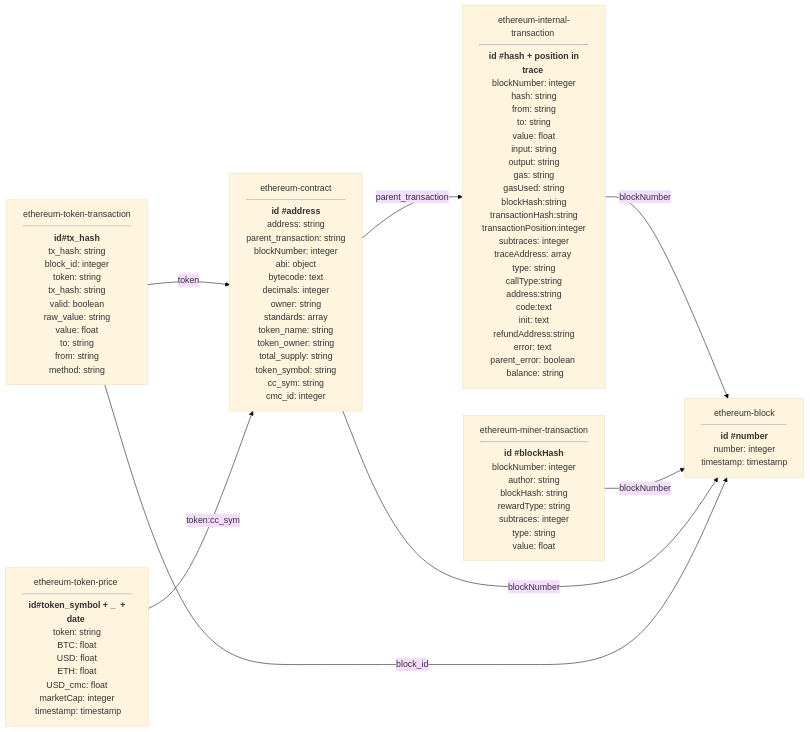
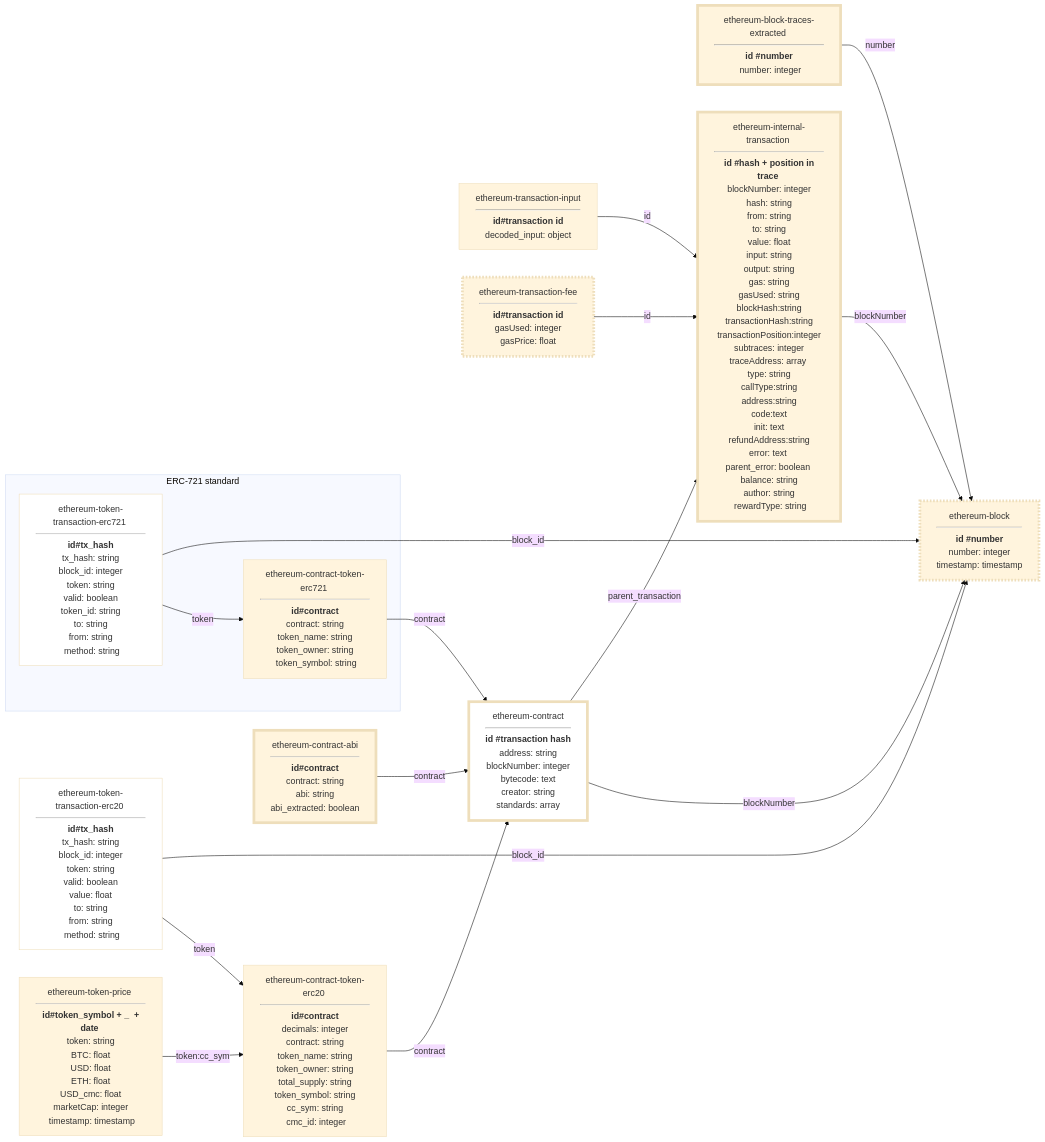
Before and after one commit to cyber-drop/ethereum_analytical_db: the diagram in README.md, drawn with Mermaid (base theme). The commit also changed other lines of this file and 3 other files, not shown here.

````diff
--- a/README.md
+++ b/README.md
@@ -75,22 +64,60 @@
 ```mermaid
 graph LR
 Block[ethereum-block <hr> <b>id #number</b> <br> number: integer <br> timestamp: timestamp]
 
-Transaction[ethereum-internal-transaction <hr> <b>id #hash + position in trace</b> <br> blockNumber: integer <br> hash: string <br> from: string <br> to: string <br> value: float <br> input: string <br> output: string <br> gas: string <br> gasUsed: string <br> blockHash:string <br> transactionHash:string <br> transactionPosition:integer <br> subtraces: integer <br>traceAddress: array <br> type: string <br> callType:string <br> address:string <br> code:text <br> init: text <br> refundAddress:string <br>error: text <br>parent_error: boolean <br> balance: string]
+BlockTracesExtracted[ ethereum-block-traces-extracted <hr> <b>id #number</b> <br> number: integer ]
 
-MiningTransaction[ethereum-miner-transaction <hr> <b>id #blockHash</b> <br> blockNumber: integer<br> author: string <br> blockHash: string <br> rewardType: string <br> subtraces: integer <br> type: string <br> value: float]
+Transaction[ethereum-internal-transaction <hr> <b>id #hash + position in trace</b> <br> blockNumber: integer <br> hash: string <br> from: string <br> to: string <br> value: float <br> input: string <br> output: string <br> gas: string <br> gasUsed: string <br> blockHash:string <br> transactionHash:string <br> transactionPosition:integer <br> subtraces: integer <br>traceAddress: array <br> type: string <br> callType:string <br> address:string <br> code:text <br> init: text <br> refundAddress:string <br>error: text <br>parent_error: boolean <br> balance: string <br> author: string <br> rewardType: string]
 
-Contract[ethereum-contract <hr><b> id #address</b> <br>  address: string <br> parent_transaction: string <br> blockNumber: integer <br> abi: object <br> bytecode: text <br> decimals: integer <br> owner: string <br> standards: array <br> token_name: string <br> token_owner: string <br> total_supply: string <br> token_symbol: string <br> cc_sym: string <br> cmc_id: integer]
+TransactionInput[ethereum-transaction-input <hr> <b> id#transaction id </b> <br> decoded_input: object]
 
-TokenTransaction[ethereum-token-transaction <hr> <b>id#tx_hash</b> <br> tx_hash: string <br> block_id: integer <br> token: string <br> tx_hash: string <br> valid: boolean <br> raw_value: string <br> value: float <br> to: string <br> from: string <br> method: string]
+TransactionFee[ethereum-transaction-fee <hr> <b> id#transaction id </b> <br> gasUsed: integer <br> gasPrice: float]
+
+Contract[ethereum-contract <hr><b> id #transaction hash</b> <br>  address: string <br> blockNumber: integer <br> bytecode: text <br> creator: string <br> standards: array]
+
+ContractABI[ethereum-contract-abi <hr> <b>id#contract</b> <br> contract: string <br> abi: string <br> abi_extracted: boolean]
+
+ERC20Token[ethereum-contract-token-erc20 <hr><b>id#contract</b><br> decimals: integer <br> contract: string <br> token_name: string <br> token_owner: string <br> total_supply: string <br> token_symbol: string <br> cc_sym: string <br> cmc_id: integer]
+
+ERC721Token[ethereum-contract-token-erc721 <hr><b>id#contract</b><br> contract: string <br> token_name: string <br> token_owner: string <br> token_symbol: string]
+
+ERC20TokenTransaction[ethereum-token-transaction-erc20 <hr> <b>id#tx_hash</b> <br> tx_hash: string <br> block_id: integer <br> token: string <br> valid: boolean <br> value: float <br> to: string <br> from: string <br> method: string]
 
 Price[ethereum-token-price <hr> <b>id#token_symbol + _  + date </b><br> token: string <br> BTC: float <br> USD: float <br> ETH: float <br> USD_cmc: float <br> marketCap: integer <br> timestamp: timestamp]
 
+ERC721TokenTransaction[ethereum-token-transaction-erc721 <hr> <b>id#tx_hash</b> <br> tx_hash: string <br> block_id: integer <br> token: string <br> valid: boolean <br> token_id: string <br> to: string <br> from: string <br> method: string]
+
+BlockTracesExtracted --> |number| Block
 Transaction -->|blockNumber| Block
-MiningTransaction -->|blockNumber| Block
+TransactionInput -->|id|Transaction
+TransactionFee -->|id|Transaction
 Contract -->|blockNumber| Block
 Contract --> |parent_transaction| Transaction
-TokenTransaction --> |token| Contract
-TokenTransaction -->|block_id| Block
-Price --> |token:cc_sym|Contract
+ContractABI -->|contract| Contract
+ERC20Token -->|contract| Contract
+ERC721Token -->|contract| Contract
+ERC20TokenTransaction --> |token| ERC20Token
+ERC721TokenTransaction --> |token| ERC721Token
+ERC20TokenTransaction -->|block_id| Block
+ERC721TokenTransaction -->|block_id| Block
+Price --> |token:cc_sym|ERC20Token
+
+style Contract fill:#fff;
+style ERC20TokenTransaction fill:#fff;
+style ERC721TokenTransaction fill:#fff;
+
+style TransactionFee stroke-dasharray:3,3;
+style Block stroke-dasharray:3,3;
+
+style Block stroke-width:5px;
+style Transaction stroke-width:5px;
+style BlockTracesExtracted stroke-width:5px;
+style Contract stroke-width:5px;
+style ContractABI stroke-width:5px;
+style TransactionFee stroke-width:5px;
+
+subgraph ERC-721 standard
+ERC721Token
+ERC721TokenTransaction
+end
 ```
````
